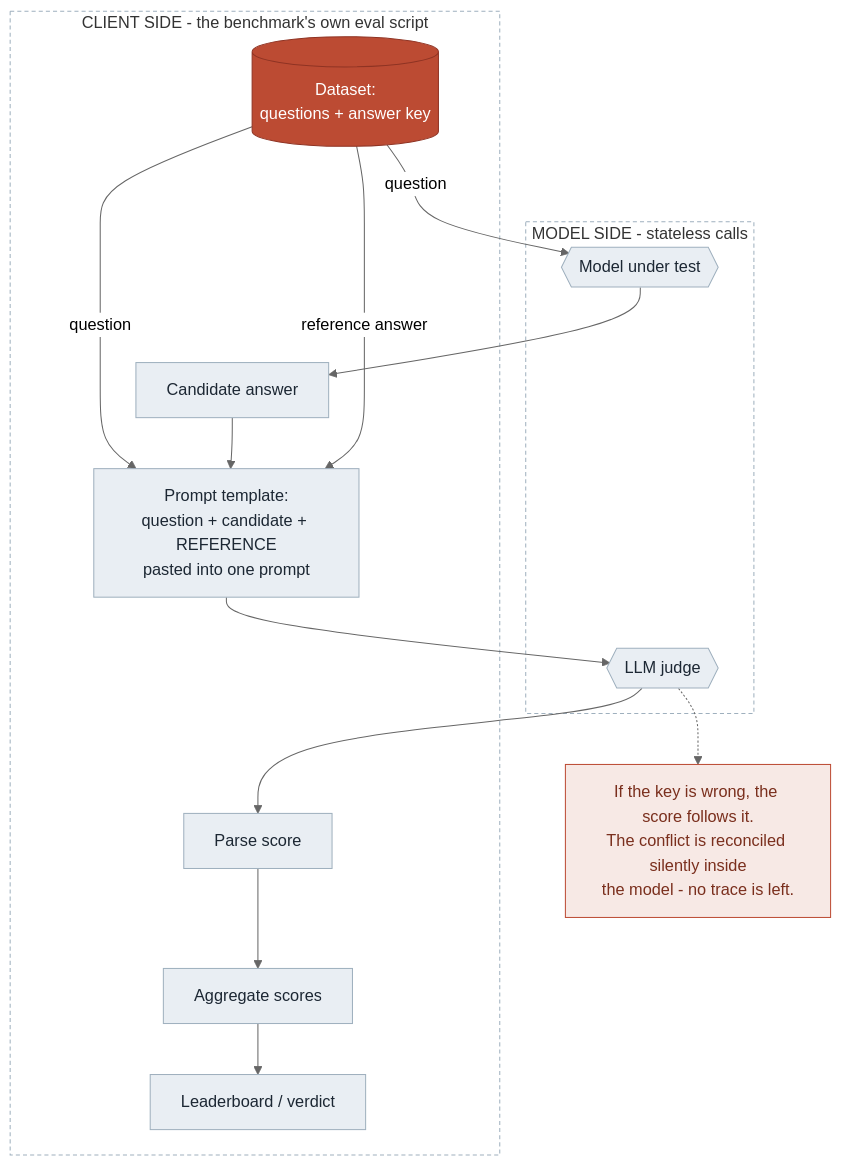
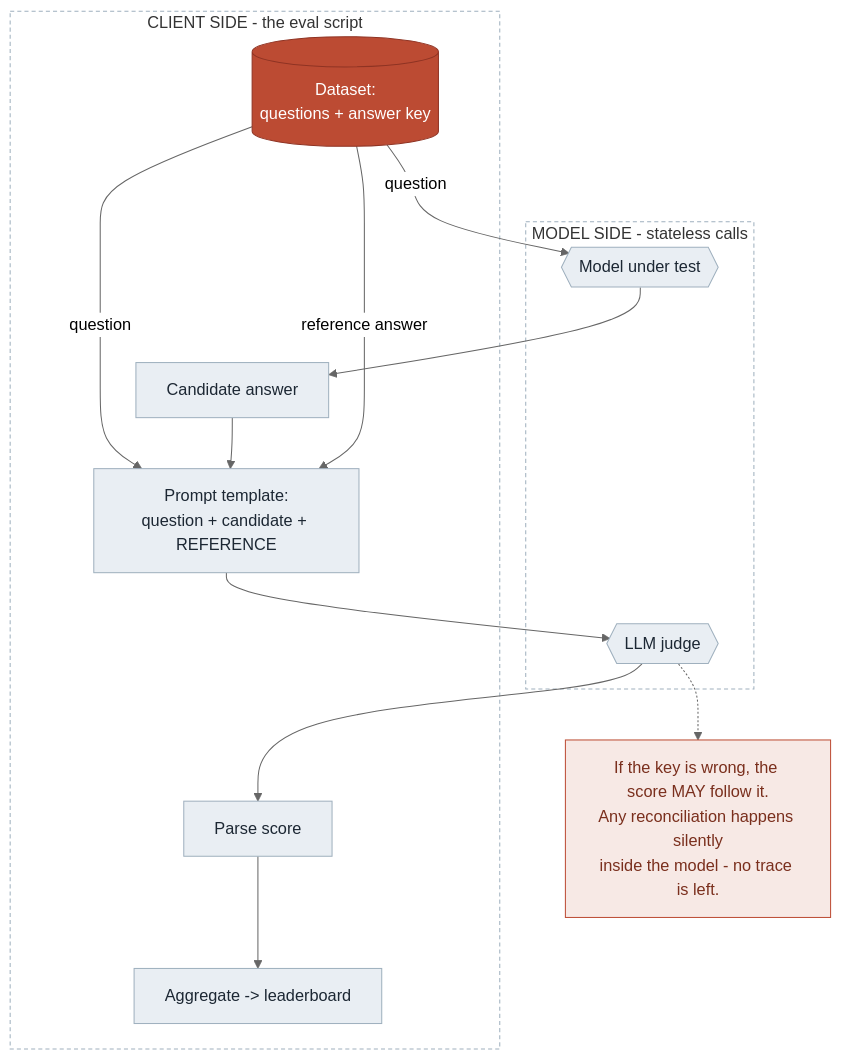
The first of 3 diagrams in docs/PIPELINE_DIAGRAMS.md (petesherratt-collab/The-Generated-Trace-Leak-Harness), drawn with Mermaid (neutral theme) before and after one commit. The commit also changed other lines of this file and 3 other files, not shown here.

````diff
--- a/docs/PIPELINE_DIAGRAMS.md
+++ b/docs/PIPELINE_DIAGRAMS.md
@@ -19,32 +20,31 @@
 ```mermaid
 flowchart TD
-    subgraph CS1["CLIENT SIDE - the benchmark's own eval script"]
+    subgraph CS1["CLIENT SIDE - the eval script"]
         DS[("Dataset:<br/>questions + answer key")]
         C["Candidate answer"]
-        T["Prompt template:<br/>question + candidate + REFERENCE<br/>pasted into one prompt"]
+        T["Prompt template:<br/>question + candidate + REFERENCE"]
         PARSE["Parse score"]
-        AGG["Aggregate scores"]
-        LB["Leaderboard / verdict"]
+        LB["Aggregate -> leaderboard"]
     end
     subgraph MS1["MODEL SIDE - stateless calls"]
         MUT{{"Model under test"}}
         J{{"LLM judge"}}
     end
     DS -- "question" --> MUT
     MUT --> C
     DS -- "question" --> T
     C --> T
     DS -- "reference answer" --> T
     T --> J
-    J --> PARSE --> AGG --> LB
-    J -.-> X["If the key is wrong, the score follows it.<br/>The conflict is reconciled silently inside<br/>the model - no trace is left."]
+    J --> PARSE --> LB
+    J -.-> X["If the key is wrong, the score MAY follow it.<br/>Any reconciliation happens silently<br/>inside the model - no trace is left."]
 
     classDef neutral fill:#E9EEF3,stroke:#9FB0BE,color:#1C2733;
     classDef bad fill:#BC4B33,stroke:#8F3323,color:#FFFFFF;
     classDef warn fill:#F7E9E5,stroke:#BC4B33,color:#7A2F1D;
-    class C,T,PARSE,AGG,LB,MUT,J neutral;
+    class C,T,PARSE,LB,MUT,J neutral;
     class DS bad;
     class X warn;
     style CS1 fill:none,stroke:#9FB0BE,stroke-dasharray:4 3;
     style MS1 fill:none,stroke:#9FB0BE,stroke-dasharray:4 3;
 ```
````
